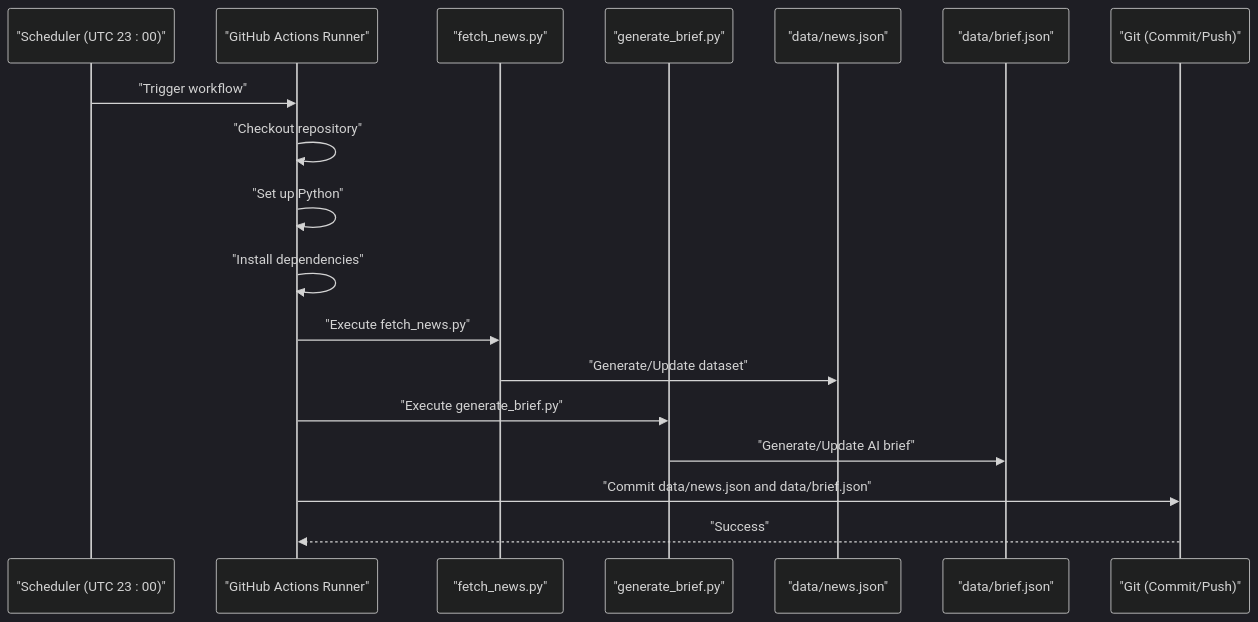
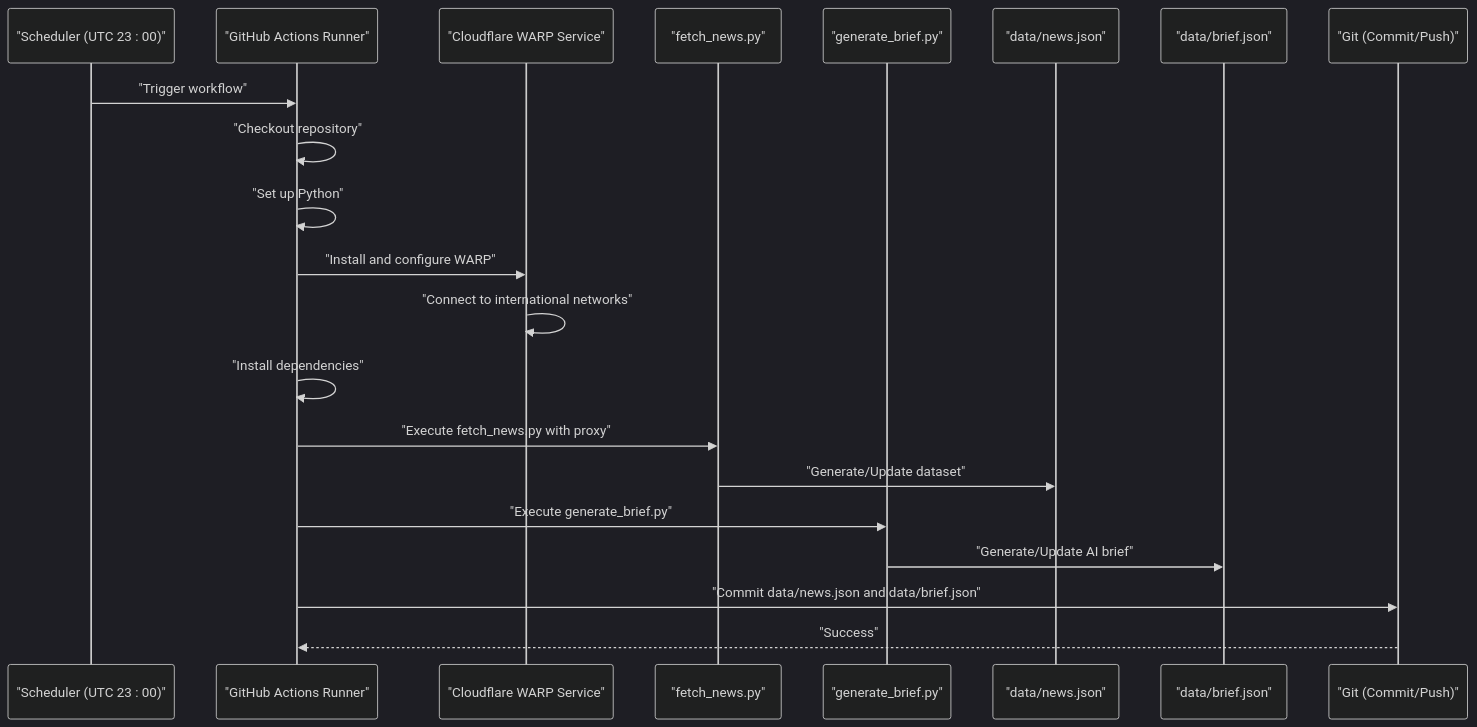
The second of 8 diagrams in .qoder/repowiki/en/content/Deployment & Automation.md (junxie01/daily_news), drawn with Mermaid (dark theme) before and after one commit. The commit also changed other lines of this file and 4 other files, not shown here.

````diff
--- a/.qoder/repowiki/en/content/Deployment & Automation.md
+++ b/.qoder/repowiki/en/content/Deployment & Automation.md
@@ -118,20 +122,23 @@
 ```mermaid
 sequenceDiagram
 participant Scheduler as "Scheduler (UTC 23 : 00)"
 participant Actions as "GitHub Actions Runner"
+participant WARP as "Cloudflare WARP Service"
 participant Fetcher as "fetch_news.py"
 participant BriefGen as "generate_brief.py"
 participant NewsData as "data/news.json"
 participant BriefData as "data/brief.json"
 participant VCS as "Git (Commit/Push)"
 Scheduler->>Actions : "Trigger workflow"
 Actions->>Actions : "Checkout repository"
 Actions->>Actions : "Set up Python"
+Actions->>WARP : "Install and configure WARP"
+WARP->>WARP : "Connect to international networks"
 Actions->>Actions : "Install dependencies"
-Actions->>Fetcher : "Execute fetch_news.py"
+Actions->>Fetcher : "Execute fetch_news.py with proxy"
 Fetcher->>NewsData : "Generate/Update dataset"
 Actions->>BriefGen : "Execute generate_brief.py"
 BriefGen->>BriefData : "Generate/Update AI brief"
 Actions->>VCS : "Commit data/news.json and data/brief.json"
 VCS-->>Actions : "Success"
 ```
````
